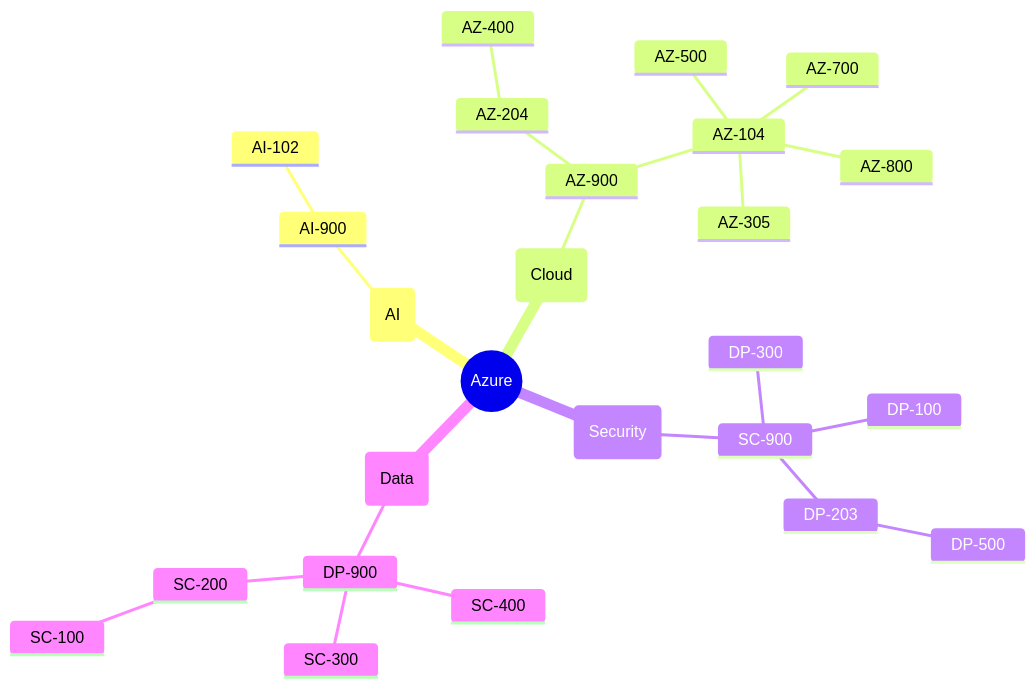
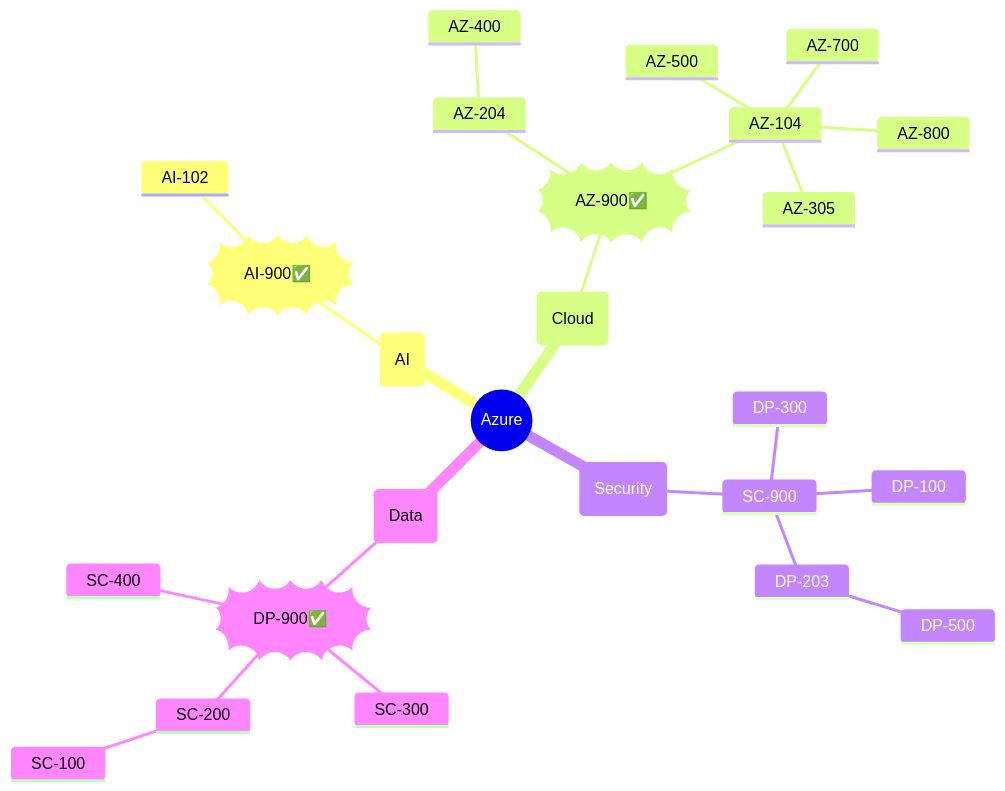
One commit to ankitech/Cloud-certification-guide changed the diagram in README.md. Above: the diagram before and after it, drawn with Mermaid.

````diff
--- a/README.md
+++ b/README.md
@@ -1,52 +1,53 @@
 ```mermaid
 mindmap
 root((Azure))
-    AI(AI)
+    (AI)
     ::icon(fa fa-robot)
-        AI-900
+        ))AI-900✅((
         ::icon(fa fa-square-check)
             AI-102
             ::icon(fa fa-calendar-days)
-    Cloud(Cloud)
+    (Cloud)
     ::icon(fa fa-cloud)
-        AZ-900
+        ))AZ-900✅((
         ::icon(fa fa-square-check)
             AZ-204
             ::icon(fa fa-stopwatch)
                 AZ-400
                 ::icon(fa fa-stopwatch)
             AZ-104
             ::icon(fa fa-calendar-days)
                 AZ-500
                 ::icon(fa fa-stopwatch)
                 AZ-700
                 ::icon(fa fa-stopwatch)
                 AZ-800
                 ::icon(fa fa-stopwatch)
                 AZ-305
                 ::icon(fa fa-stopwatch)
-    Security(Security)
+    (Security)
     ::icon(fa fa-shield)
         SC-900
         ::icon(fa fa-stopwatch)
             DP-300
             ::icon(fa fa-stopwatch)
             DP-100
             ::icon(fa fa-stopwatch)
             DP-203
             ::icon(fa fa-stopwatch)
                 DP-500
                 ::icon(fa fa-stopwatch)
-    Data(Data)
+    (Data)
     ::icon(fa fa-database)
-        DP-900
+        ))DP-900✅((
         ::icon(fa fa-square-check)
             SC-400
             ::icon(fa fa-stopwatch)
             SC-300
             ::icon(fa fa-stopwatch)
             SC-200
             ::icon(fa fa-stopwatch)
                 SC-100
                 ::icon(fa fa-stopwatch)
+
 ```
````
